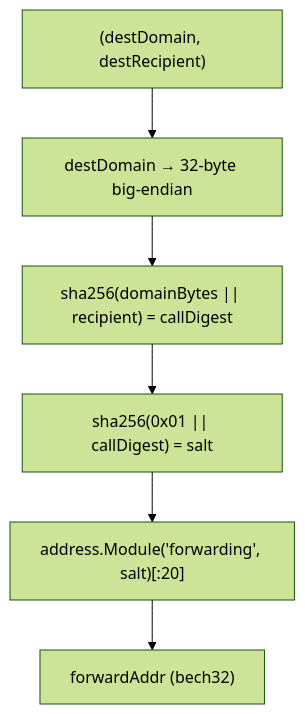
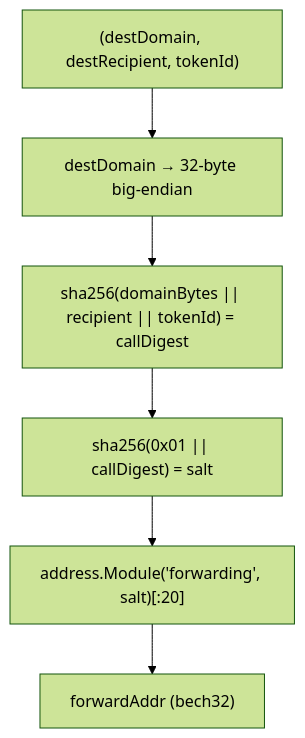
The first of 2 diagrams in x/forwarding/CLAUDE.md (celestiaorg/celestia-app), drawn with Mermaid (forest theme) before and after one commit. The commit also changed other lines of this file and 11 other files, not shown here.

````diff
--- a/x/forwarding/CLAUDE.md
+++ b/x/forwarding/CLAUDE.md
@@ -18,8 +18,8 @@
 ```mermaid
 flowchart TD
-    A["(destDomain, destRecipient)"] --> B["destDomain → 32-byte big-endian"]
-    B --> C["sha256(domainBytes || recipient) = callDigest"]
+    A["(destDomain, destRecipient, tokenId)"] --> B["destDomain → 32-byte big-endian"]
+    B --> C["sha256(domainBytes || recipient || tokenId) = callDigest"]
     C --> D["sha256(0x01 || callDigest) = salt"]
     D --> E["address.Module('forwarding', salt)[:20]"]
     E --> F["forwardAddr (bech32)"]
 ```
````
